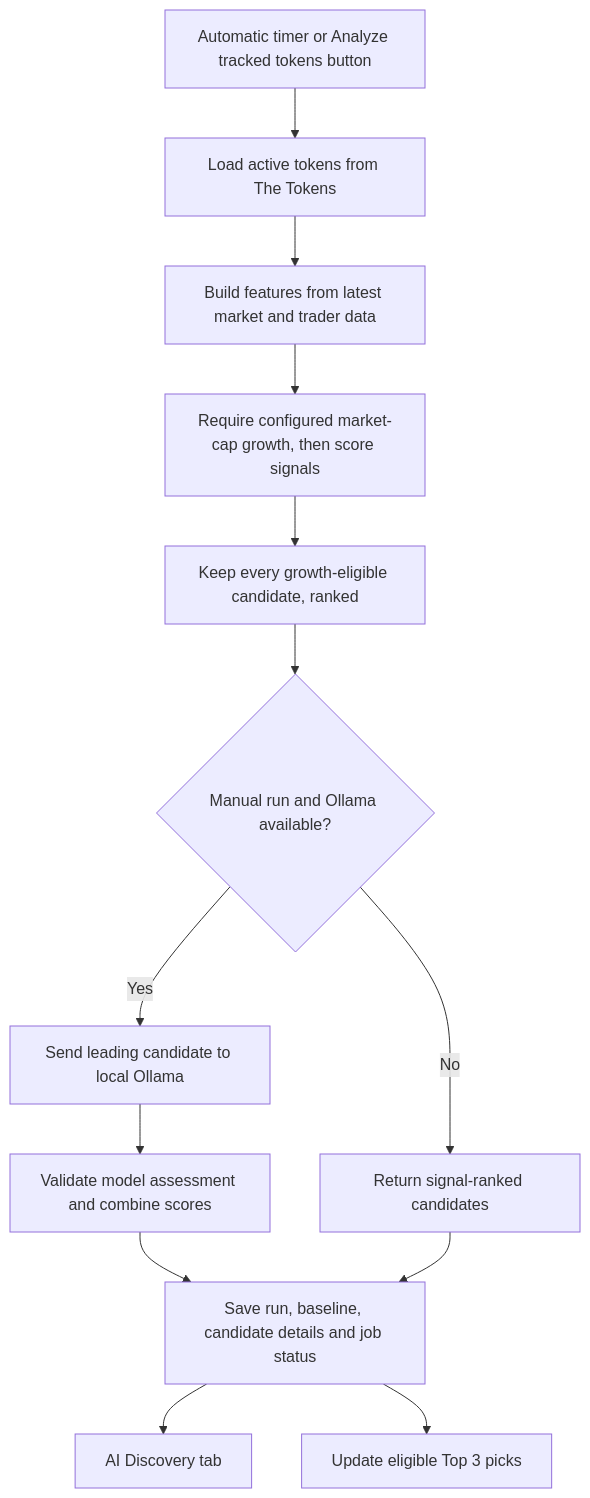
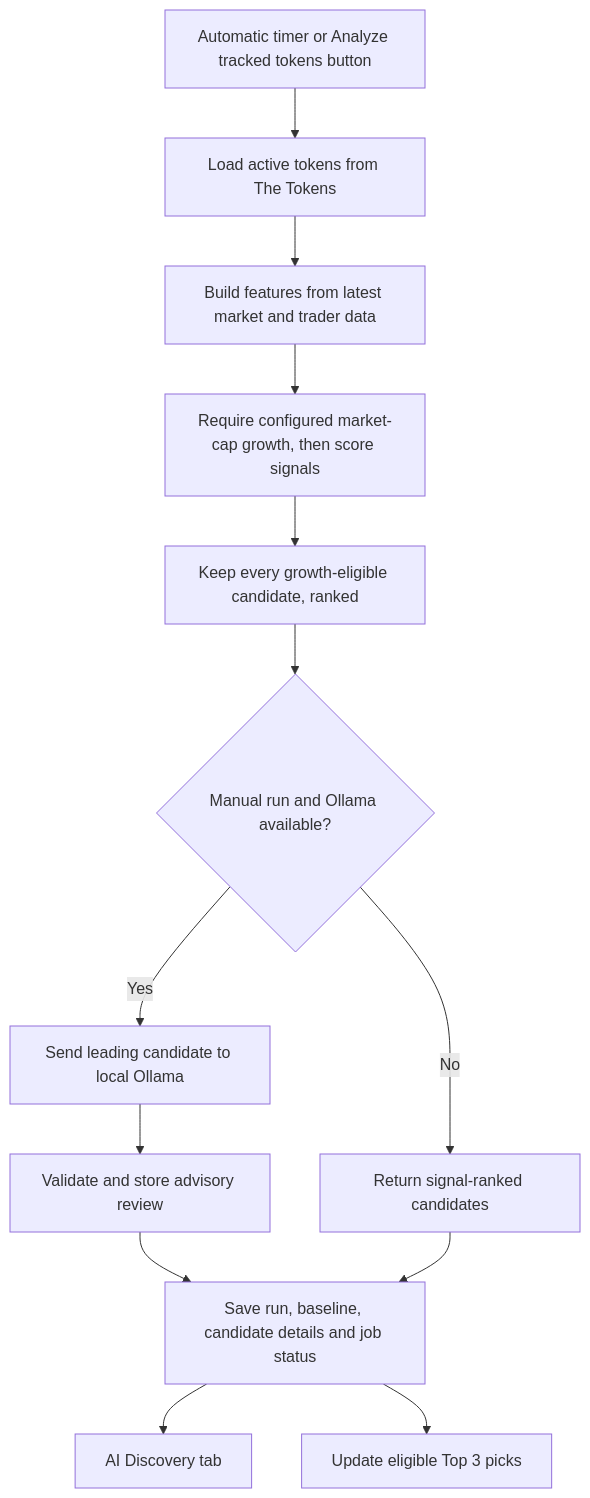
The second of 2 diagrams in README.md (Ashokcharu/Fomo.family-Profile-Tracker), drawn with Mermaid before and after one commit. The commit also changed other lines of this file and 16 other files, not shown here.

````diff
--- a/README.md
+++ b/README.md
@@ -146,15 +146,15 @@
 ```mermaid
 flowchart TD
     A[Automatic timer or Analyze tracked tokens button] --> B[Load active tokens from The Tokens]
     B --> C[Build features from latest market and trader data]
     C --> D[Require configured market-cap growth, then score signals]
     D --> E[Keep every growth-eligible candidate, ranked]
     E --> F{Manual run and Ollama available?}
     F -- No --> G[Return signal-ranked candidates]
     F -- Yes --> H[Send leading candidate to local Ollama]
-    H --> I[Validate model assessment and combine scores]
+    H --> I[Validate and store advisory review]
     I --> J[Save run, baseline, candidate details and job status]
     G --> J
     J --> K[AI Discovery tab]
     J --> L[Update eligible Top 3 picks]
 ```
````
